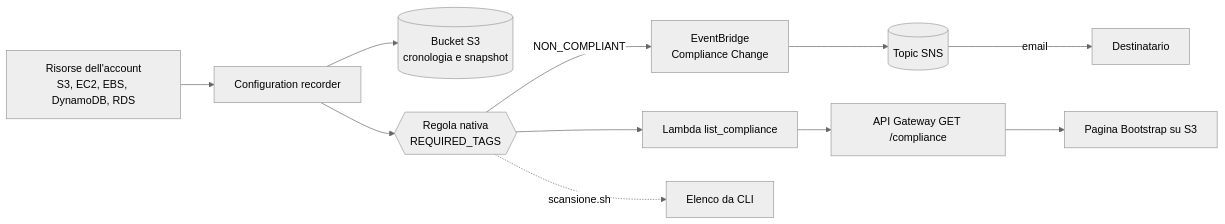
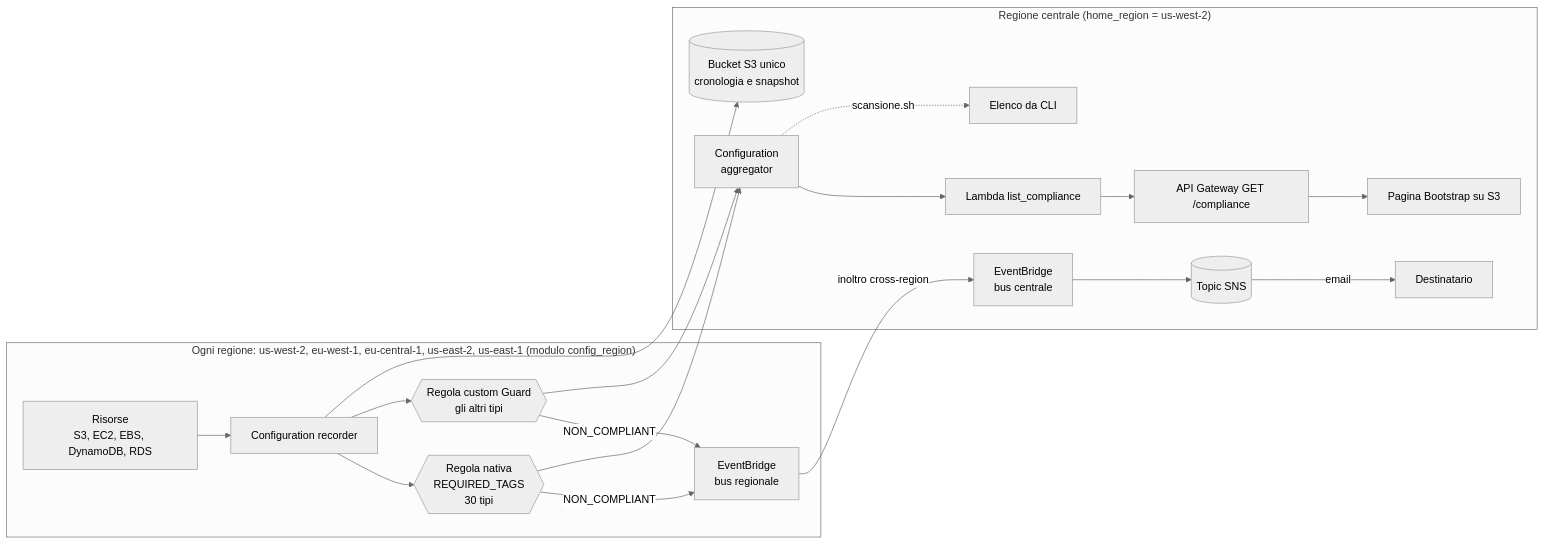
The diagram in AWS-Esempio19-ConfigTagScanner/README.md (alnao/TerraformExamples), drawn with Mermaid (neutral theme) before and after one commit. The commit also changed other lines of this file and 18 other files, not shown here.

````diff
--- a/AWS-Esempio19-ConfigTagScanner/README.md
+++ b/AWS-Esempio19-ConfigTagScanner/README.md
@@ -19,13 +27,24 @@
 ```mermaid
 flowchart LR
-  R[Risorse dell'account<br/>S3, EC2, EBS, DynamoDB, RDS] --> REC[Configuration recorder]
-  REC --> S3[(Bucket S3<br/>cronologia e snapshot)]
-  REC --> RULE{{Regola nativa<br/>REQUIRED_TAGS}}
-  RULE -->|NON_COMPLIANT| EB[EventBridge<br/>Compliance Change]
-  EB --> SNS[(Topic SNS)]
-  SNS -->|email| MAIL[Destinatario]
-  RULE --> LB[Lambda list_compliance]
-  LB --> API[API Gateway GET /compliance]
-  API --> WEB[Pagina Bootstrap su S3]
-  RULE -.->|scansione.sh| CLI[Elenco da CLI]
+  subgraph REG["Ogni regione: us-west-2, eu-west-1, eu-central-1, us-east-2, us-east-1 (modulo config_region)"]
+    R[Risorse<br/>S3, EC2, EBS, DynamoDB, RDS] --> REC[Configuration recorder]
+    REC --> RULE{{Regola nativa<br/>REQUIRED_TAGS<br/>30 tipi}}
+    REC --> RULE2{{Regola custom Guard<br/>gli altri tipi}}
+    RULE -->|NON_COMPLIANT| EBR[EventBridge<br/>bus regionale]
+    RULE2 -->|NON_COMPLIANT| EBR
+  end
+  subgraph HOME["Regione centrale (home_region = us-west-2)"]
+    S3[(Bucket S3 unico<br/>cronologia e snapshot)]
+    AGG[Configuration<br/>aggregator]
+    EBC[EventBridge<br/>bus centrale] --> SNS[(Topic SNS)]
+    SNS -->|email| MAIL[Destinatario]
+    AGG --> LB[Lambda list_compliance]
+    LB --> API[API Gateway GET /compliance]
+    API --> WEB[Pagina Bootstrap su S3]
+    AGG -.->|scansione.sh| CLI[Elenco da CLI]
+  end
+  REC --> S3
+  RULE --> AGG
+  RULE2 --> AGG
+  EBR -->|inoltro cross-region| EBC
 ```
````
